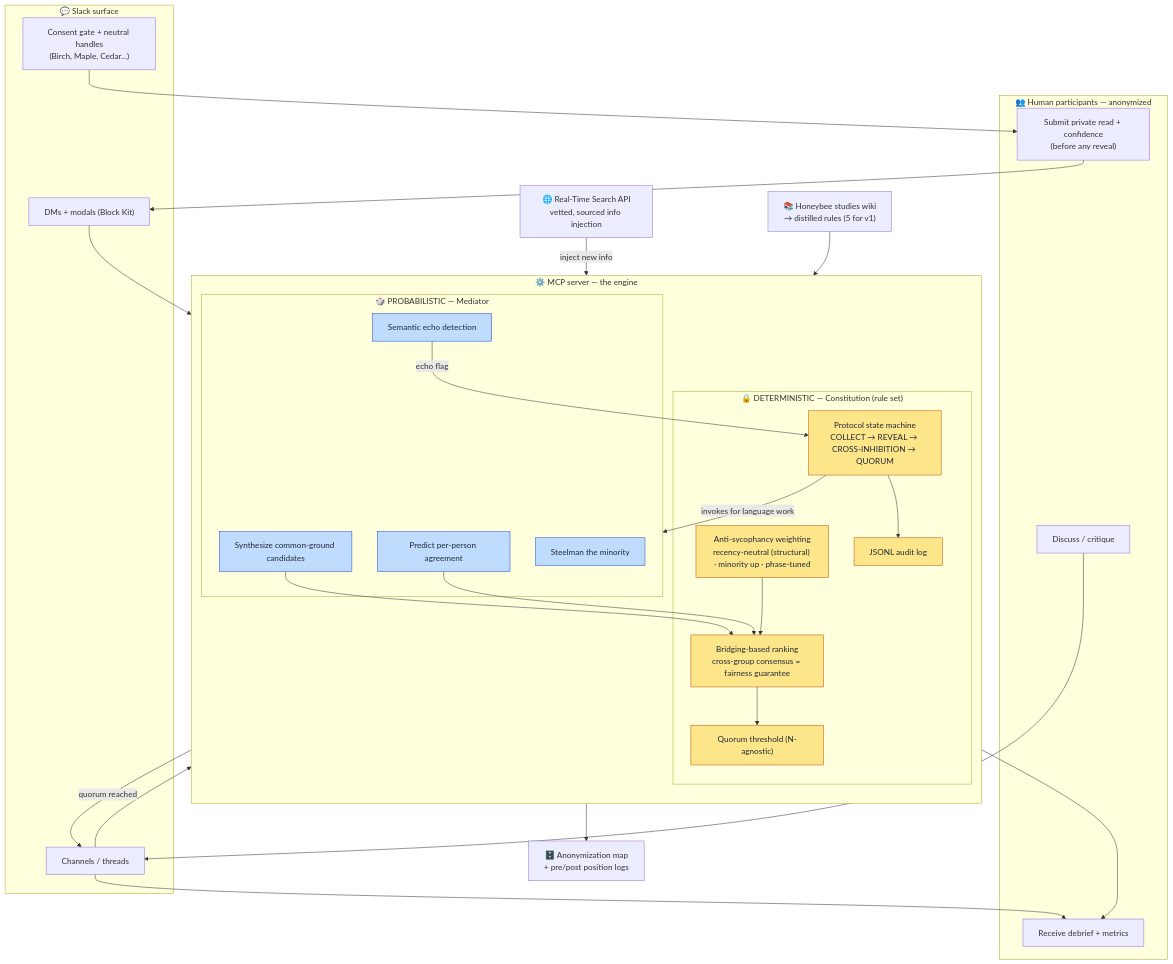
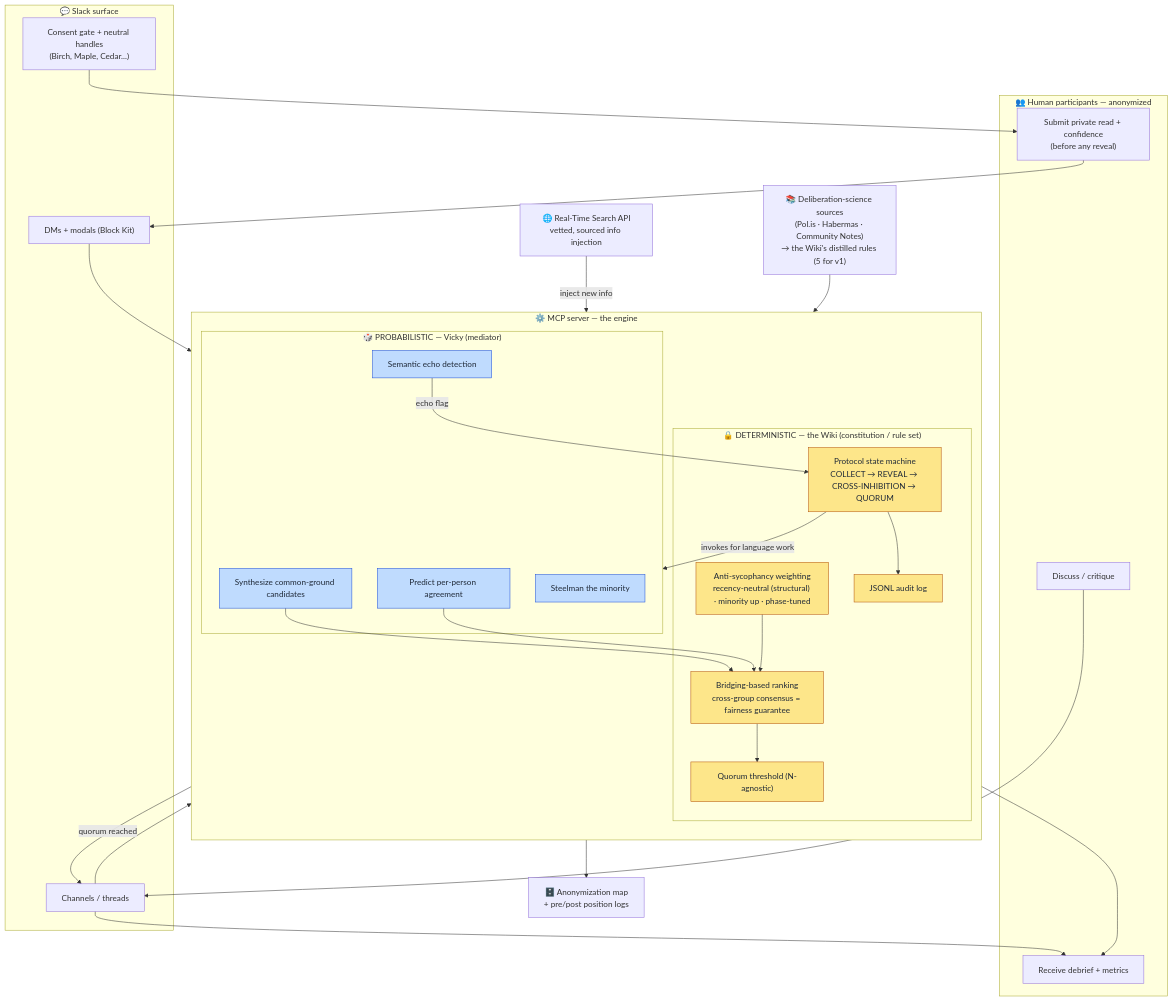
Before and after one commit to abiramiclub/debate: the diagram in docs/architecture_v1.mermaid, drawn with Mermaid. The commit also changed 16 other files, not shown here.

```diff
--- a/docs/architecture_v1.mermaid
+++ b/docs/architecture_v1.mermaid
@@ -1,62 +1,62 @@
-%% Architecture v1 — Bee-Constitution Deliberation Mediator (Slack Agent)
-%% Core thesis: deterministic constitution CONDUCTS; probabilistic mediator EXECUTES language tasks it invokes.
+%% Architecture v1 — Wiki & Vicky, a Deliberation Mediator (Slack Agent)
+%% Core thesis: the deterministic constitution (Wiki) CONDUCTS; the probabilistic mediator (Vicky) EXECUTES language tasks it invokes.
 flowchart TB
     subgraph HUMANS["👥 Human participants — anonymized"]
         H1["Submit private read + confidence<br/>(before any reveal)"]
         H2["Discuss / critique"]
         H3["Receive debrief + metrics"]
     end
 
     subgraph SLACK["💬 Slack surface"]
         S0["Consent gate + neutral handles<br/>(Birch, Maple, Cedar...)"]
         S1["Channels / threads"]
         S2["DMs + modals (Block Kit)"]
     end
 
     subgraph ENGINE["⚙️ MCP server — the engine"]
         direction TB
-        subgraph DET["🔒 DETERMINISTIC — Constitution (rule set)"]
+        subgraph DET["🔒 DETERMINISTIC — the Wiki (constitution / rule set)"]
             D1["Protocol state machine<br/>COLLECT → REVEAL → CROSS-INHIBITION → QUORUM"]
             D2["Bridging-based ranking<br/>cross-group consensus = fairness guarantee"]
             D3["Anti-sycophancy weighting<br/>recency-neutral (structural) · minority up · phase-tuned"]
             D4["Quorum threshold (N-agnostic)"]
             D5["JSONL audit log"]
         end
-        subgraph PROB["🎲 PROBABILISTIC — Mediator"]
+        subgraph PROB["🎲 PROBABILISTIC — Vicky (mediator)"]
             P1["Synthesize common-ground candidates"]
             P2["Predict per-person agreement"]
             P3["Steelman the minority"]
             P4["Semantic echo detection"]
         end
     end
 
-    KNOW["📚 Honeybee studies wiki<br/>→ distilled rules (5 for v1)"]
+    KNOW["📚 Deliberation-science sources<br/>(Pol.is · Habermas · Community Notes)<br/>→ the Wiki's distilled rules (5 for v1)"]
     DATA["🗄️ Anonymization map<br/>+ pre/post position logs"]
     RTS["🌐 Real-Time Search API<br/>vetted, sourced info injection"]
 
     %% --- flows ---
     S0 --> H1
     H1 --> S2
     H2 --> S1
     S1 --> ENGINE
     S2 --> ENGINE
 
     KNOW --> DET
     D1 -->|"invokes for language work"| PROB
     P1 --> D2
     P2 --> D2
     D3 --> D2
     D2 --> D4
     P4 -->|"echo flag"| D1
     RTS -->|"inject new info"| D1
 
     D4 -->|"quorum reached"| S1
     D1 --> D5
     ENGINE --> DATA
     D5 --> H3
     S1 --> H3
 
     classDef det fill:#fde68a,stroke:#b45309,color:#1f2937;
     classDef prob fill:#bfdbfe,stroke:#1d4ed8,color:#1f2937;
     class D1,D2,D3,D4,D5 det;
     class P1,P2,P3,P4 prob;
```
